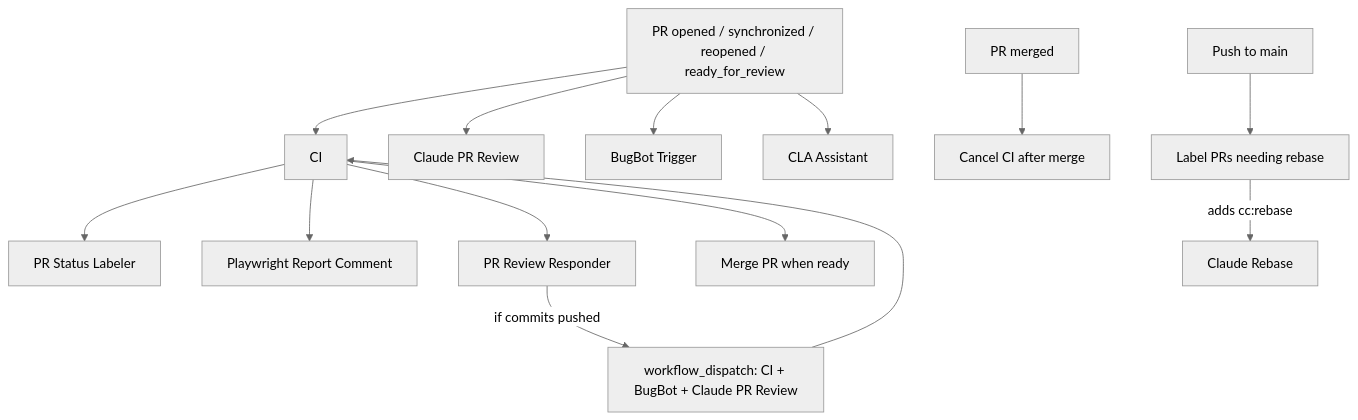
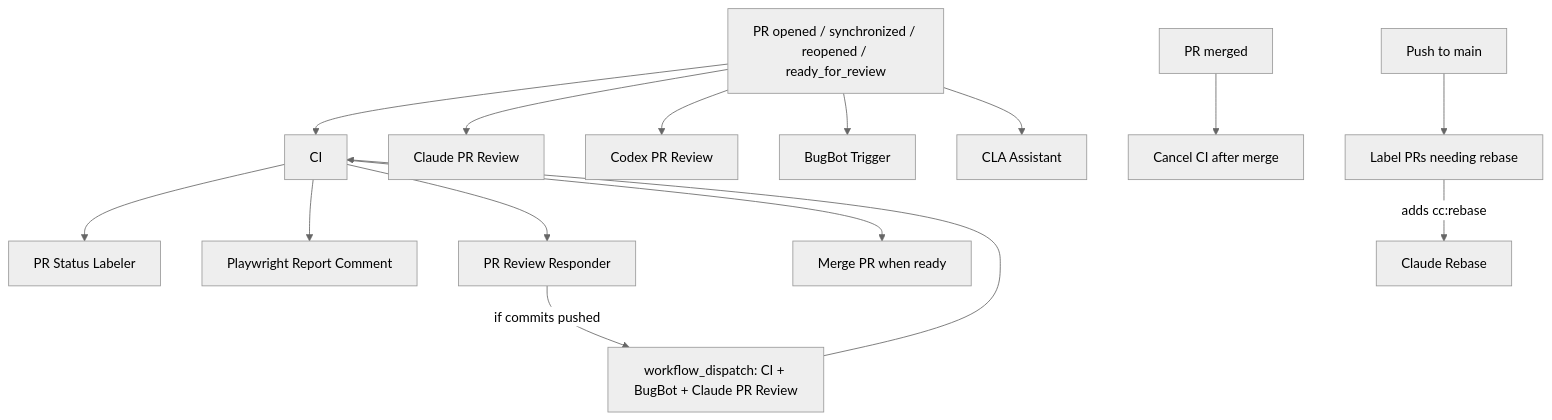
One commit to rayngnpc/dyad-with-cli changed the second of 2 diagrams in .github/workflows/README.md. Above: the diagram before and after it, drawn with Mermaid (neutral theme). The commit also changed other lines of this file and 10 other files, not shown here.

First line of the commit message:
Add Codex PR review workflow (#3303)

````diff
--- a/.github/workflows/README.md
+++ b/.github/workflows/README.md
@@ -19,20 +19,21 @@
 ```mermaid
 flowchart TD
   PR[PR opened / synchronized / reopened / ready_for_review] --> CI[CI]
   PR --> CPR[Claude PR Review]
+  PR --> CODR[Codex PR Review]
   PR --> BB[BugBot Trigger]
   PR --> CLA[CLA Assistant]
 
   CI --> PSL[PR Status Labeler]
   CI --> PWC[Playwright Report Comment]
   CI --> PRR[PR Review Responder]
   CI --> MPR[Merge PR when ready]
 
   PRR -->|if commits pushed| WFD[workflow_dispatch: CI + BugBot + Claude PR Review]
   WFD --> CI
 
   PM[PR merged] --> CCI[Cancel CI after merge]
 
   MAIN[Push to main] --> LR[Label PRs needing rebase]
   LR -->|adds cc:rebase| CR[Claude Rebase]
 ```
````
